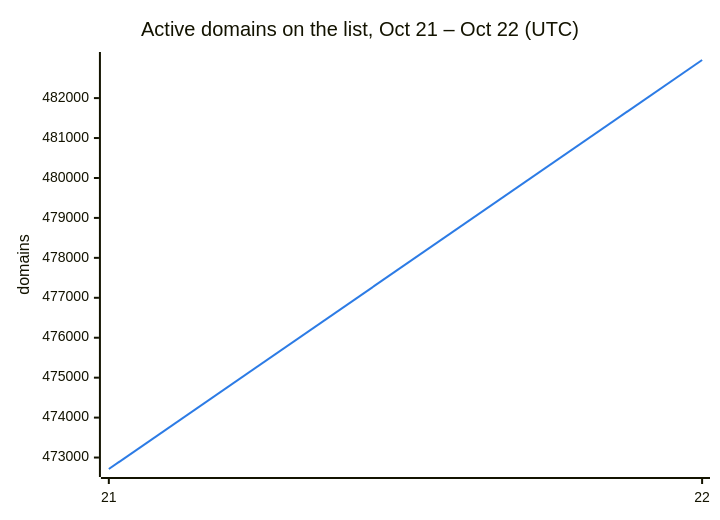
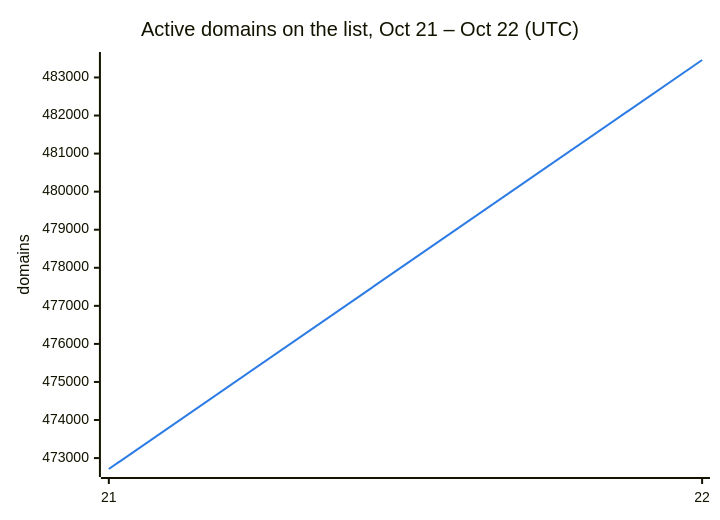
Before and after one commit to DNSBunker/CTI: the second of 3 diagrams in README.md, drawn with Mermaid. The commit also changed other lines of this file and 3 other files, not shown here.

````diff
--- a/README.md
+++ b/README.md
@@ -38,8 +38,8 @@
 ```mermaid
 %%{init: {"themeVariables": {"xyChart": {"plotColorPalette": "#2c7be5"}}}}%%
 xychart-beta
     title "Active domains on the list, Oct 21 – Oct 22 (UTC)"
     x-axis ["21", "22"]
     y-axis "domains"
-    line [472713, 482954]
+    line [472713, 483459]
 ```
````
